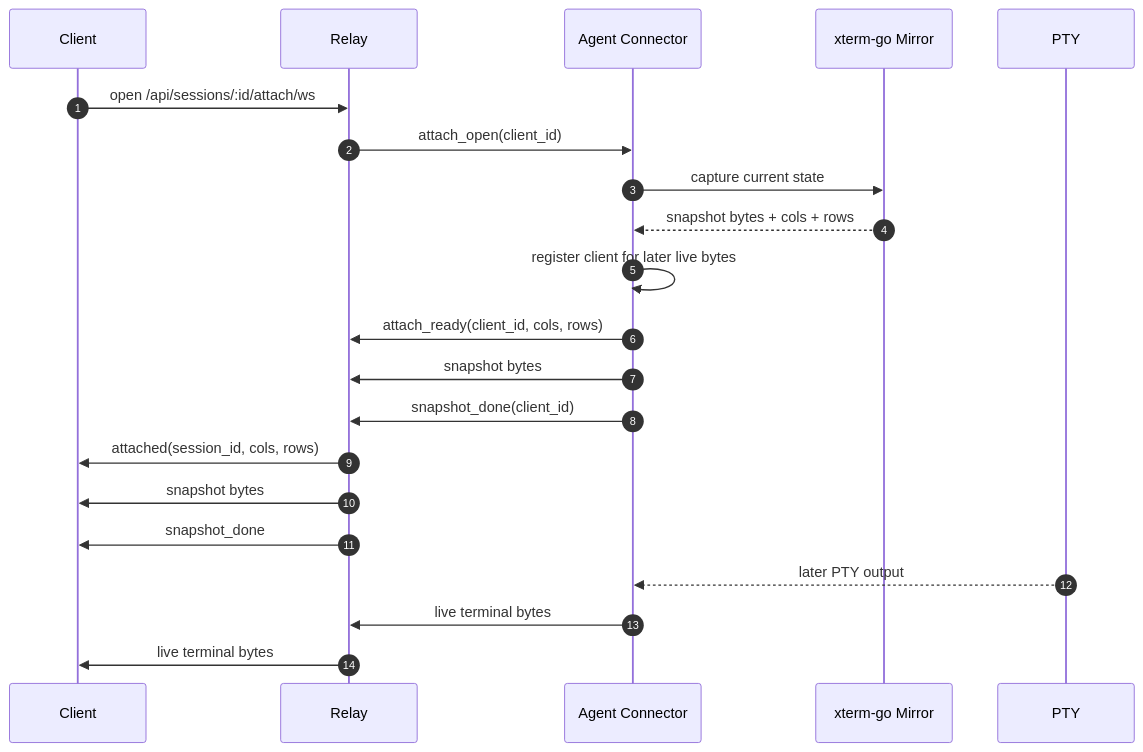
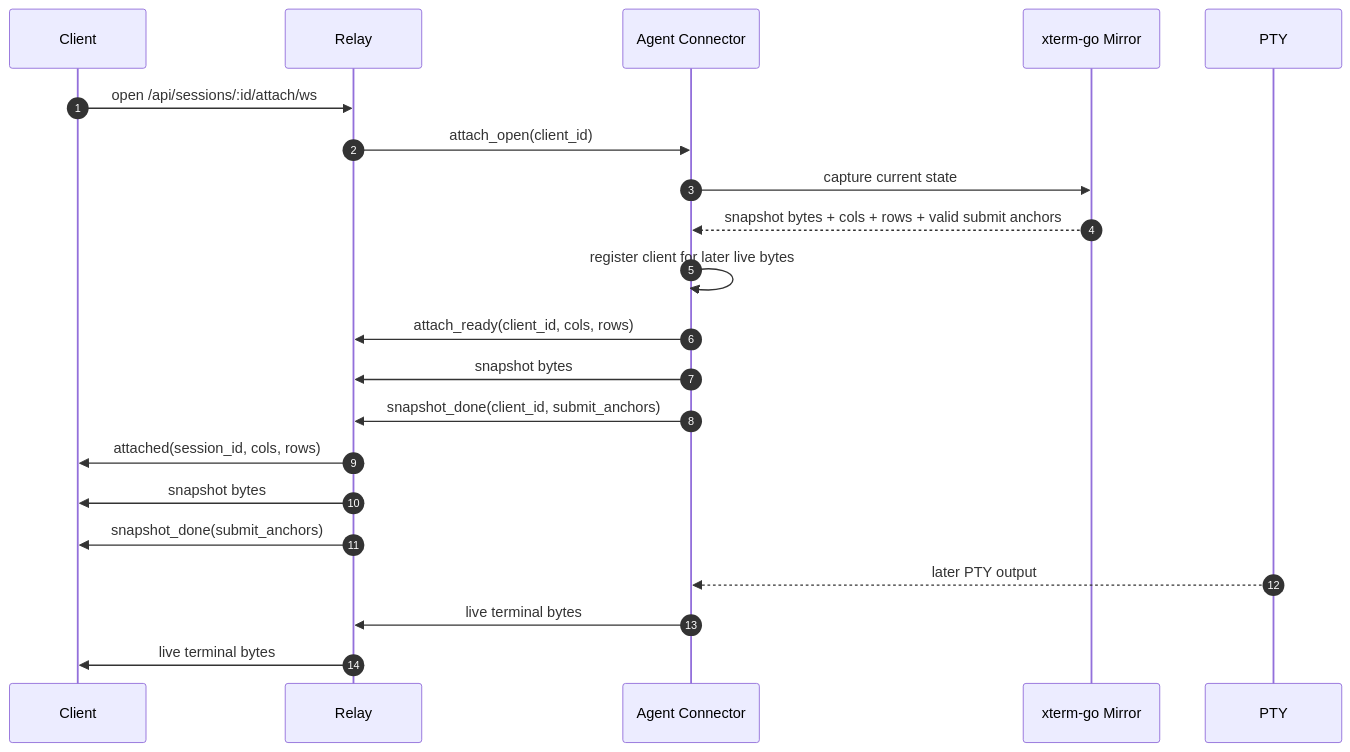
Before and after one commit to yuanbohan/agent-tunnel: the third of 7 diagrams in docs/tui-attach-flow.md, drawn with Mermaid. The commit also changed other lines of this file and 19 other files, not shown here.

````diff
--- a/docs/tui-attach-flow.md
+++ b/docs/tui-attach-flow.md
@@ -130,24 +131,24 @@
 ```mermaid
 sequenceDiagram
   autonumber
   participant C as Client
   participant R as Relay
   participant A as Agent Connector
   participant M as xterm-go Mirror
   participant P as PTY
 
   C->>R: open /api/sessions/:id/attach/ws
   R->>A: attach_open(client_id)
   A->>M: capture current state
-  M-->>A: snapshot bytes + cols + rows
+  M-->>A: snapshot bytes + cols + rows + valid submit anchors
   A->>A: register client for later live bytes
   A->>R: attach_ready(client_id, cols, rows)
   A->>R: snapshot bytes
-  A->>R: snapshot_done(client_id)
+  A->>R: snapshot_done(client_id, submit_anchors)
   R->>C: attached(session_id, cols, rows)
   R->>C: snapshot bytes
-  R->>C: snapshot_done
+  R->>C: snapshot_done(submit_anchors)
   P-->>A: later PTY output
   A->>R: live terminal bytes
   R->>C: live terminal bytes
 ```
````
